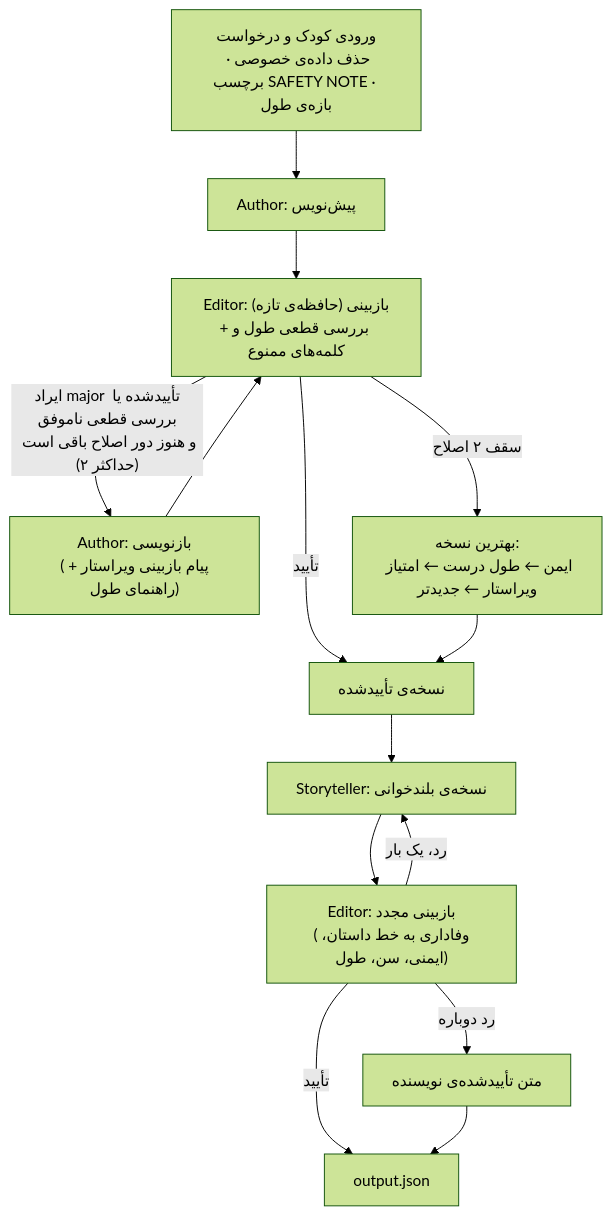
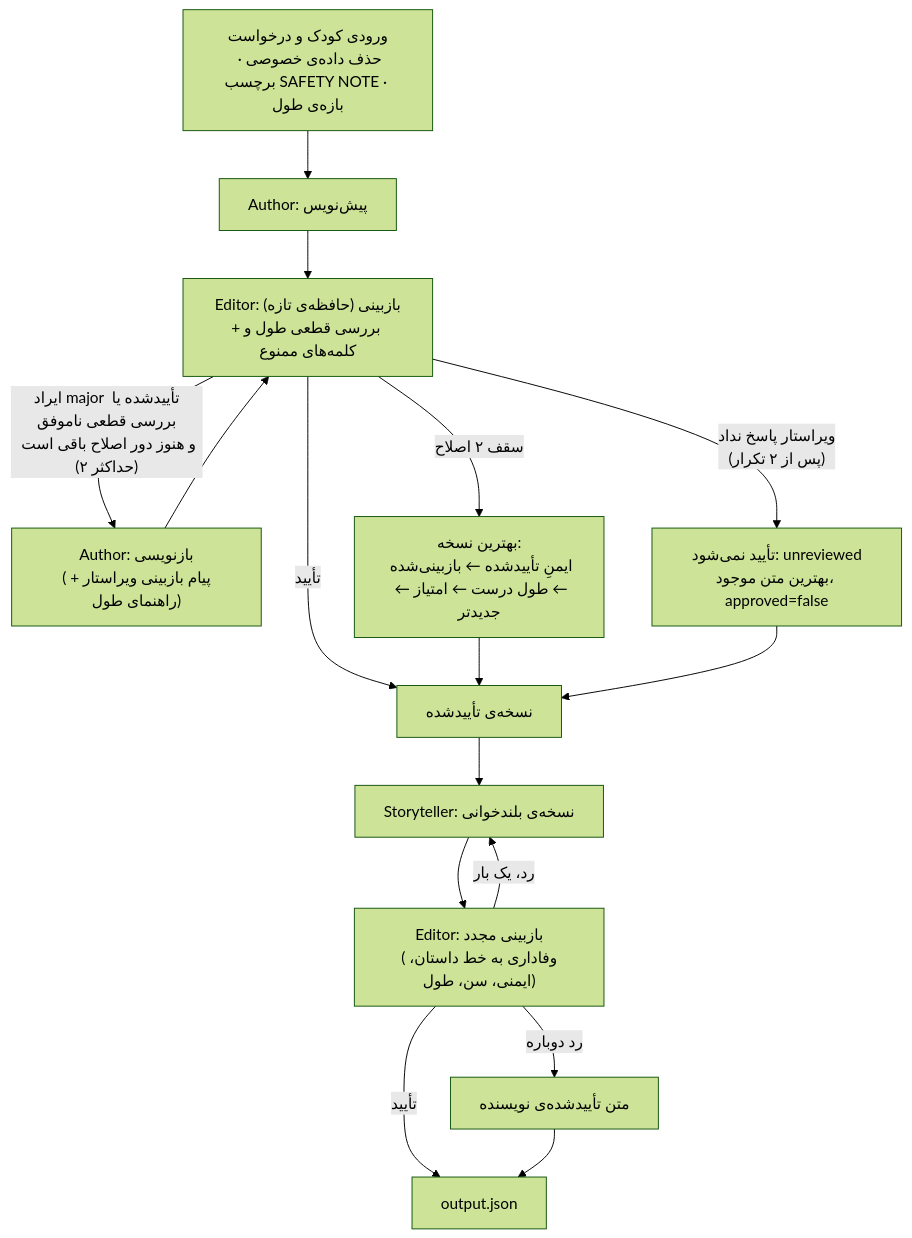
The diagram in report.md (sshakeri277/LLM_Agent_Assignment_2_4041284024), drawn with Mermaid (forest theme) before and after one commit. The commit also changed other lines of this file and 41 other files, not shown here.

````diff
--- a/report.md
+++ b/report.md
@@ -51,15 +53,17 @@
 ```mermaid
 flowchart TD
     IN["ورودی کودک و درخواست<br/>حذف داده‌ی خصوصی · برچسب SAFETY NOTE · بازه‌ی طول"] --> A0["Author: پیش‌نویس"]
     A0 --> E["Editor: بازبینی (حافظه‌ی تازه)<br/>+ بررسی قطعی طول و کلمه‌های ممنوع"]
     E -->|"ایراد major تأییدشده یا بررسی قطعی ناموفق<br/>و هنوز دور اصلاح باقی است (حداکثر ۲)"| AR["Author: بازنویسی<br/>(پیام بازبینی ویراستار + راهنمای طول)"]
     AR --> E
     E -->|"تأیید"| CH["نسخه‌ی تأییدشده"]
-    E -->|"سقف ۲ اصلاح"| BEST["بهترین نسخه:<br/>ایمن ← طول درست ← امتیاز ویراستار ← جدیدتر"]
+    E -->|"سقف ۲ اصلاح"| BEST["بهترین نسخه:<br/>ایمنِ تأییدشده ← بازبینی‌شده ← طول درست ← امتیاز ← جدیدتر"]
+    E -->|"ویراستار پاسخ نداد<br/>(پس از ۲ تکرار)"| UNREV["تأیید نمی‌شود: unreviewed<br/>بهترین متن موجود، approved=false"]
     BEST --> CH
+    UNREV --> CH
     CH --> S["Storyteller: نسخه‌ی بلندخوانی"]
     S --> EC["Editor: بازبینی مجدد<br/>(وفاداری به خط داستان، ایمنی، سن، طول)"]
     EC -->|"تأیید"| OUT["output.json"]
     EC -->|"رد، یک بار"| S
     EC -->|"رد دوباره"| FB["متن تأییدشده‌ی نویسنده"] --> OUT
 ```
````
